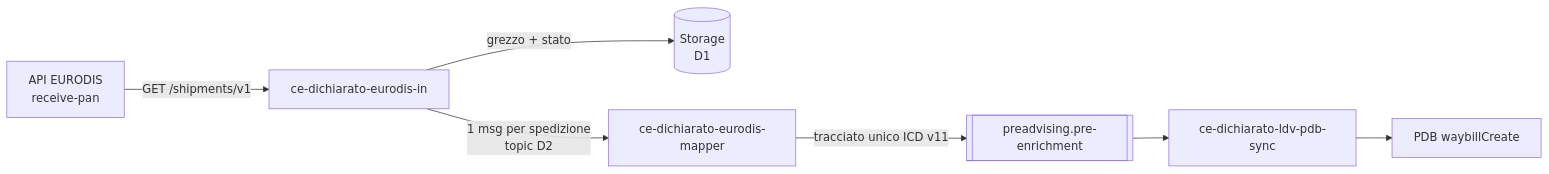
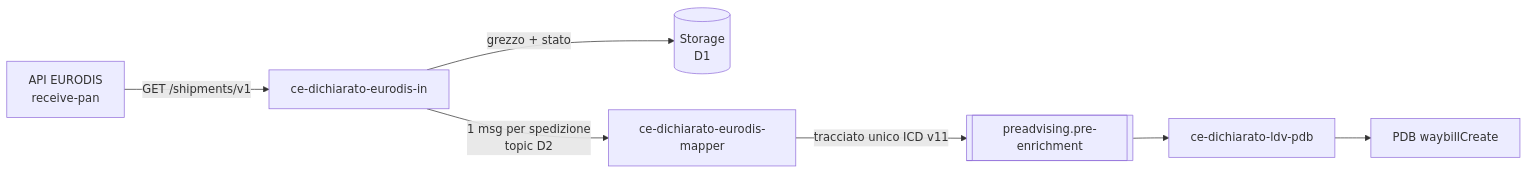
Before and after one commit to diegoMereu/sda-bmad: the first of 3 diagrams in iniziative/136596/sviluppo/ce-dichiarato-eurodis-in.md, drawn with Mermaid. The commit also changed 18 other files, not shown here.

Commit message:
docs(136596): ms di integrazione BEP è ce-dichiarato-ldv-pdb (non -sync), Word e mapping rigenerati, A03.2 e codici status in documenti/eurodis, tolto il duplicato dalla radice

````diff
--- a/iniziative/136596/sviluppo/ce-dichiarato-eurodis-in.md
+++ b/iniziative/136596/sviluppo/ce-dichiarato-eurodis-in.md
@@ -48,9 +48,9 @@
 ```mermaid
 flowchart LR
     E[API EURODIS<br/>receive-pan] -->|GET /shipments/v1| IN[ce-dichiarato-eurodis-in]
     IN -->|grezzo + stato| DB[(Storage<br/>D1)]
     IN -->|1 msg per spedizione<br/>topic D2| MAP[ce-dichiarato-eurodis-mapper]
     MAP -->|tracciato unico ICD v11| PE[[preadvising.pre-enrichment]]
-    PE --> SYNC[ce-dichiarato-ldv-pdb-sync]
+    PE --> SYNC[ce-dichiarato-ldv-pdb]
     SYNC --> PDB[PDB waybillCreate]
 ```
````
